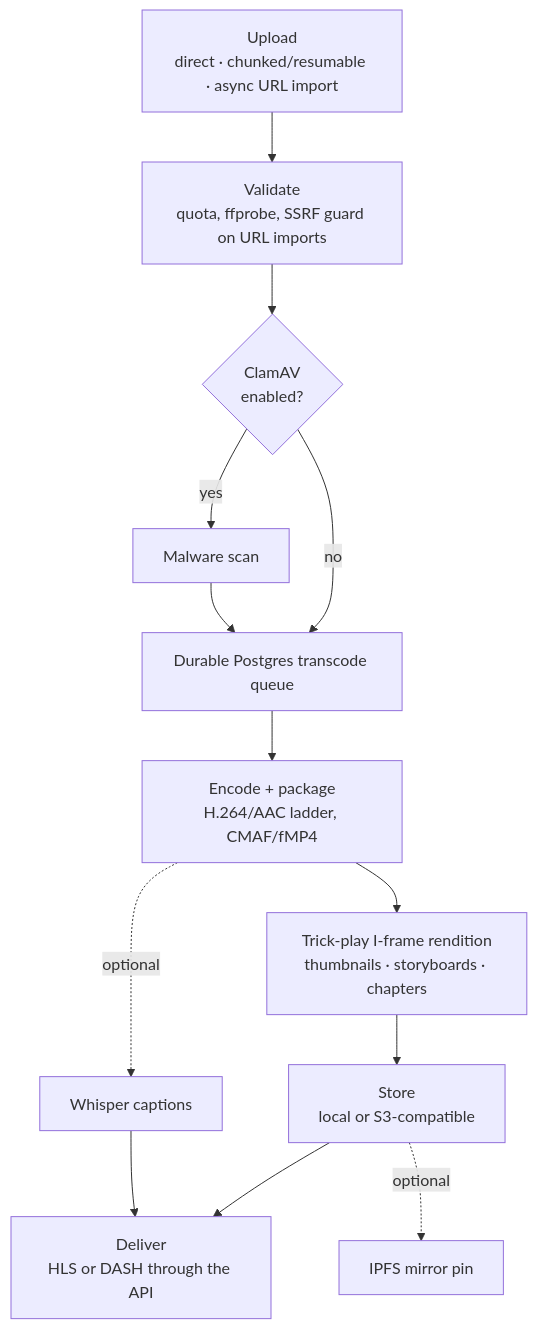
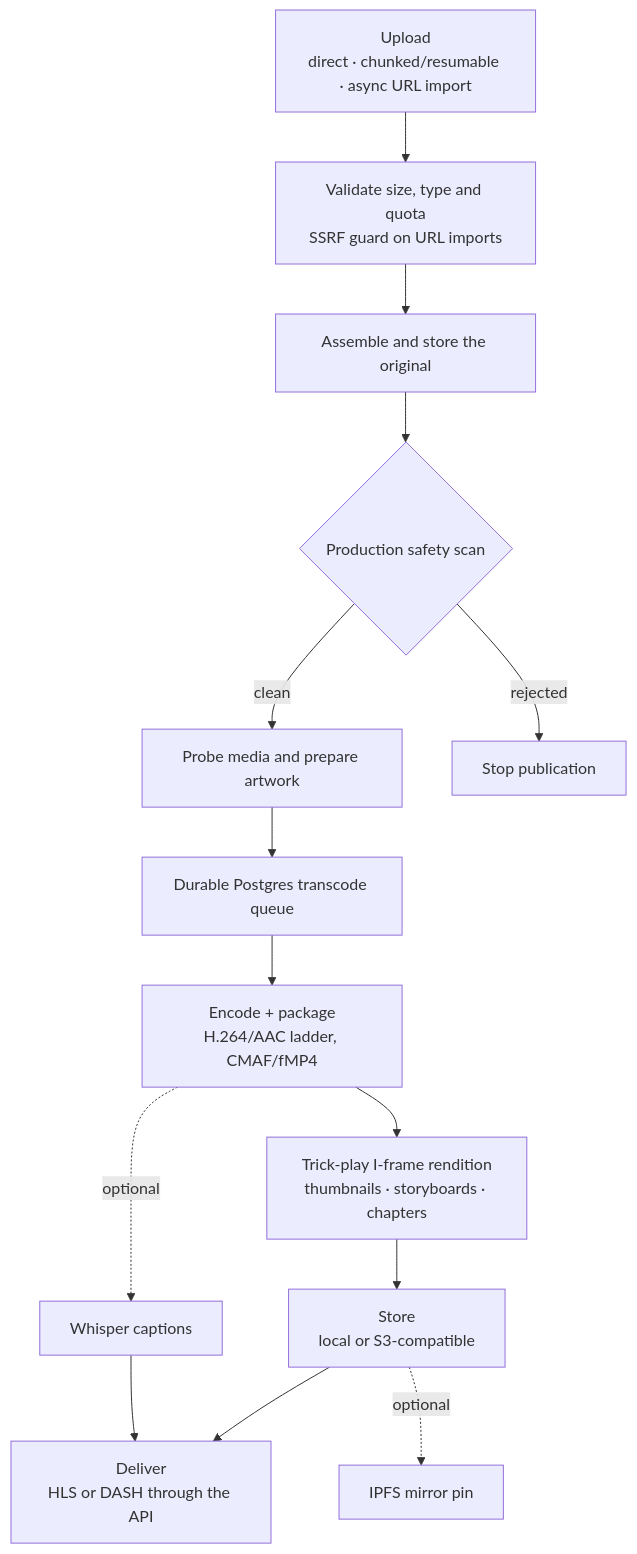
Before and after one commit to yegamble/vidra-docs: the first of 2 diagrams in docs/concepts/video-pipeline.md, drawn with Mermaid. The commit also changed other lines of this file and 1 other file, not shown here.

Commit message:
Explain upload finalization, scan failures, and rendition recovery

````diff
--- a/docs/concepts/video-pipeline.md
+++ b/docs/concepts/video-pipeline.md
@@ -14,15 +14,16 @@
 ```mermaid
 flowchart TD
-    A["Upload<br/>direct · chunked/resumable · async URL import"] --> B["Validate<br/>quota, ffprobe, SSRF guard on URL imports"]
-    B --> C{"ClamAV<br/>enabled?"}
-    C -->|yes| D["Malware scan"]
-    C -->|no| E
-    D --> E["Durable Postgres transcode queue"]
+    A["Upload<br/>direct · chunked/resumable · async URL import"] --> B["Validate size, type and quota<br/>SSRF guard on URL imports"]
+    B --> C["Assemble and store the original"]
+    C --> D{"Production safety scan"}
+    D -->|clean| P["Probe media and prepare artwork"]
+    D -->|rejected| R["Stop publication"]
+    P --> E["Durable Postgres transcode queue"]
     E --> F["Encode + package<br/>H.264/AAC ladder, CMAF/fMP4"]
     F --> G["Trick-play I-frame rendition<br/>thumbnails · storyboards · chapters"]
     G --> H["Store<br/>local or S3-compatible"]
     H --> I["Deliver<br/>HLS or DASH through the API"]
     F -.->|"optional"| J["Whisper captions"]
     H -.->|"optional"| K["IPFS mirror pin"]
     J --> I
 ```
````
